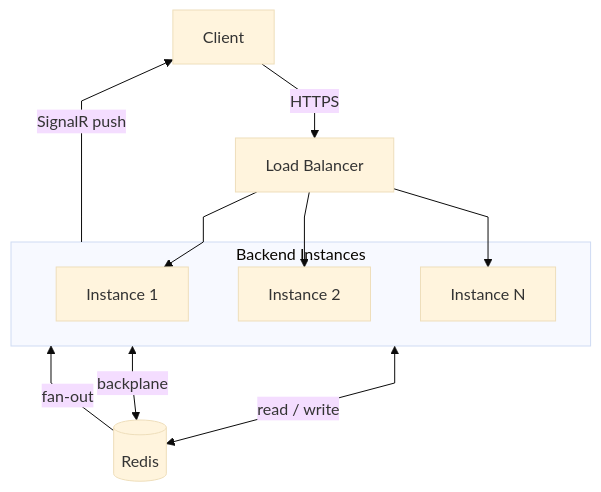
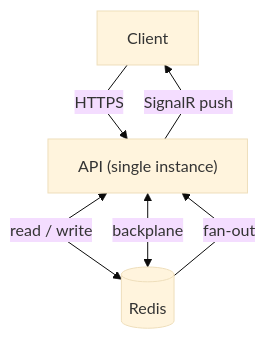
One commit to spicycoder/scrum-poker changed the first of 2 diagrams in docs/design.md. Above: the diagram before and after it, drawn with Mermaid (base theme). The commit also changed other lines of this file and 34 other files, not shown here.

First line of the commit message:
feat: REST API + SignalR integration, IRoomRepository moved to Domain, docs update

````diff
--- a/docs/design.md
+++ b/docs/design.md
@@ -5,20 +5,12 @@
 ```mermaid
 %%{init: {'flowchart': {'curve': 'linear'}}}%%
 flowchart TD
     Client
 
-    Client -->|HTTPS| LB[Load Balancer]
+    Client -->|HTTPS| API["API (single instance)"]
 
-    LB --> API1 & API2 & APIN
-
-    subgraph Instances["Backend Instances"]
-        API1["Instance 1"]
-        API2["Instance 2"]
-        APIN["Instance N"]
-    end
-
-    Instances <-->|read / write| Redis[(Redis)]
-    Instances <-->|backplane| Redis
-    Redis -->|fan-out| Instances
-    Instances -->|SignalR push| Client
+    API <-->|read / write| Redis[(Redis)]
+    API <-->|backplane| Redis
+    Redis -->|fan-out| API
+    API -->|SignalR push| Client
 ```
````
